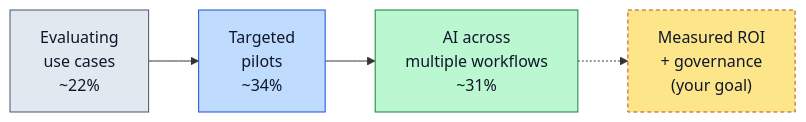
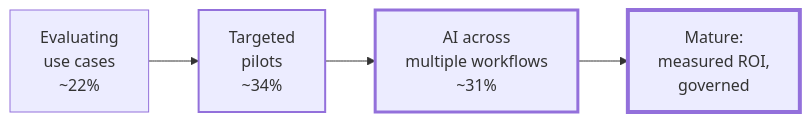
Before and after one commit to depalmar/ai_for_the_win: the third of 4 diagrams in docs/guides/ai-for-security-leaders.md, drawn with Mermaid. The commit also changed other lines of this file, not shown here.

````diff
--- a/docs/guides/ai-for-security-leaders.md
+++ b/docs/guides/ai-for-security-leaders.md
@@ -172,10 +206,10 @@
 ```mermaid
 flowchart LR
     A["Evaluating<br/>use cases<br/>~22%"] --> B["Targeted<br/>pilots<br/>~34%"]
     B --> C["AI across<br/>multiple workflows<br/>~31%"]
-    C -.-> D["Measured ROI<br/>+ governance<br/>(your goal)"]
-    style A fill:#e2e8f0,stroke:#475569,color:#0f172a
-    style B fill:#bfdbfe,stroke:#1d4ed8,color:#0f172a
-    style C fill:#bbf7d0,stroke:#15803d,color:#0f172a
-    style D fill:#fde68a,stroke:#b45309,color:#0f172a,stroke-dasharray: 4 3
+    C --> D["Mature:<br/>measured ROI,<br/>governed"]
+    style A stroke-width:1px
+    style B stroke-width:2px
+    style C stroke-width:3px
+    style D stroke-width:4px
 ```
````
